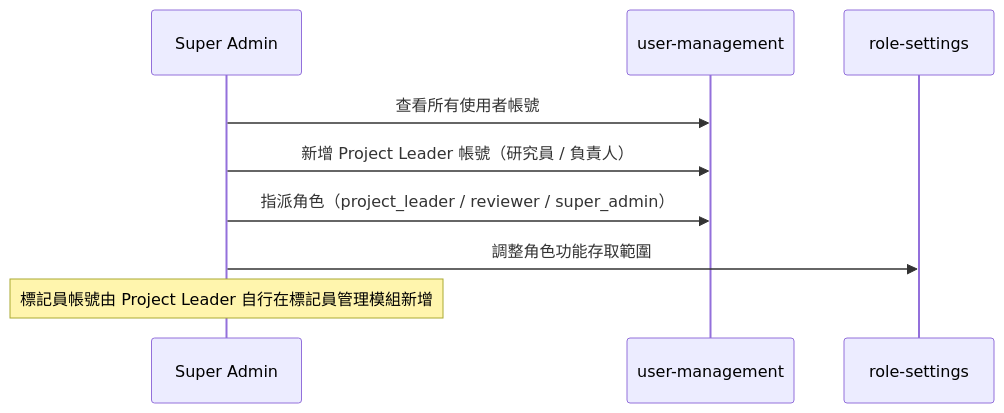
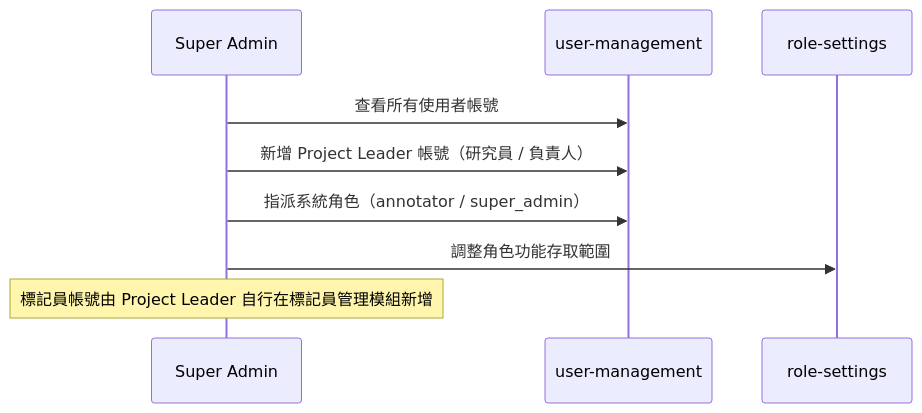
Before and after one commit to singyichen/label-suite: the fifth of 5 diagrams in docs/ia/information-architecture.md, drawn with Mermaid. The commit also changed other lines of this file and 21 other files, not shown here.

````diff
--- a/docs/ia/information-architecture.md
+++ b/docs/ia/information-architecture.md
@@ -418,12 +418,12 @@
 ```mermaid
 sequenceDiagram
   participant SA as Super Admin
   participant UM as user-management
   participant RS as role-settings
 
   SA->>UM: 查看所有使用者帳號
   SA->>UM: 新增 Project Leader 帳號（研究員 / 負責人）
-  SA->>UM: 指派角色（project_leader / reviewer / super_admin）
+  SA->>UM: 指派系統角色（annotator / super_admin）
   SA->>RS: 調整角色功能存取範圍
   Note over SA: 標記員帳號由 Project Leader 自行在標記員管理模組新增
 ```
````
